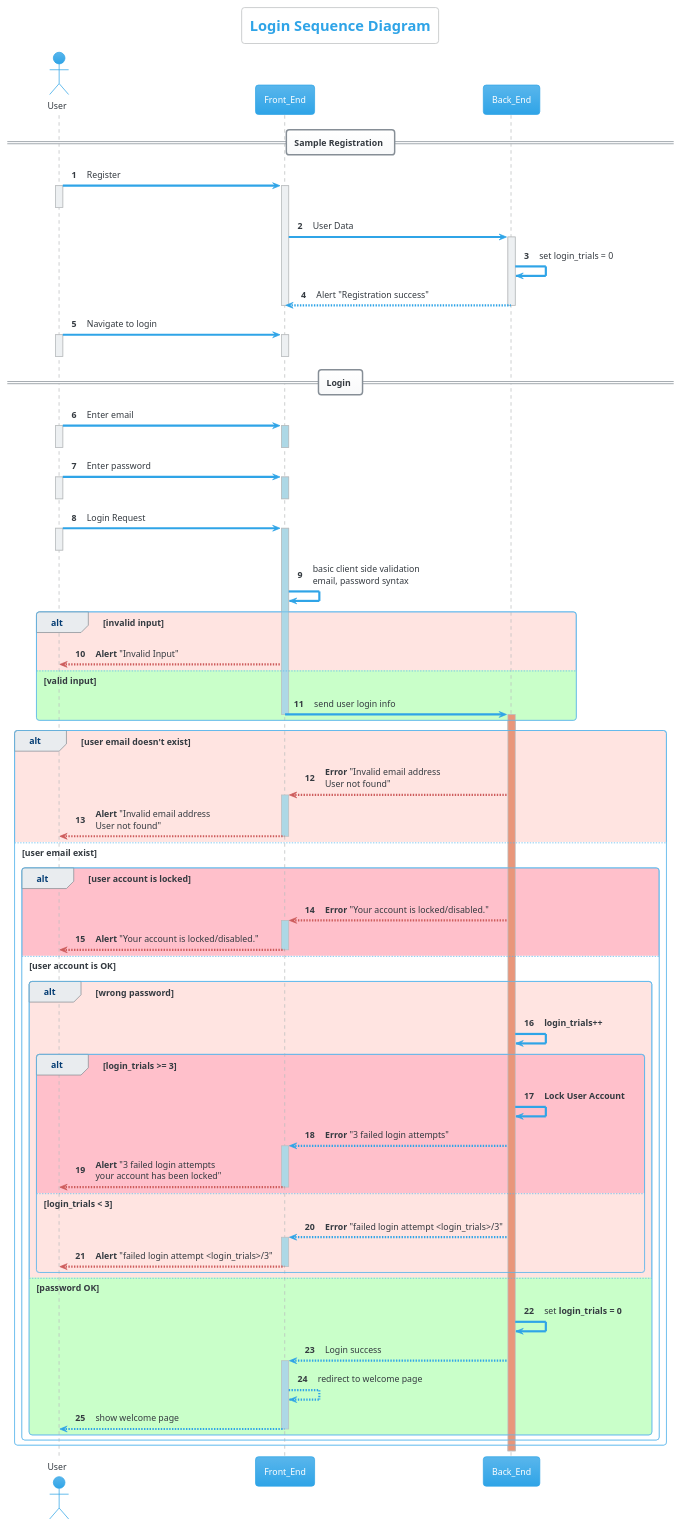
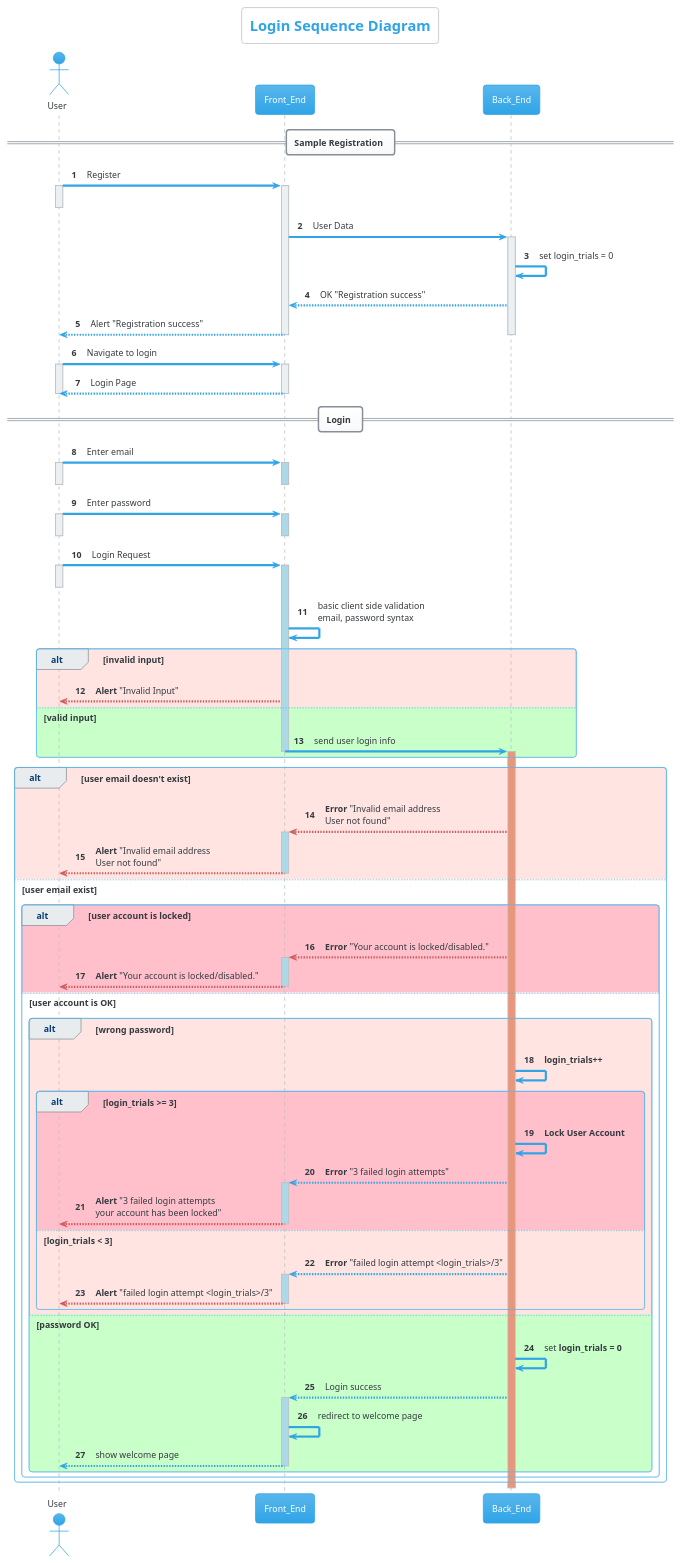
The diagram in SWE/SWE_02_DrawYourFirstSequenceDiagram/Login_Sequence.puml (HossamElwahsh/sprints-automotive), drawn with PlantUML before and after one commit. The commit also changed 2 other files, not shown here.

Commit message:
update <SWE>: add registration reply

```diff
--- a/SWE/SWE_02_DrawYourFirstSequenceDiagram/Login_Sequence.puml
+++ b/SWE/SWE_02_DrawYourFirstSequenceDiagram/Login_Sequence.puml
@@ -1,102 +1,104 @@
 @startuml
 'https://plantuml.com/sequence-diagram
 'Author: Hossam Elwahsh
 !theme cerulean
 title Login Sequence Diagram
 autonumber
 actor User
 
 skinparam backgroundColor #white
 
 == Sample Registration ==
 User -> Front_End: Register
 activate Front_End
 activate User
 deactivate User
 Front_End -> Back_End: User Data
 activate Back_End
 Back_End -> Back_End: set login_trials = 0
-Back_End --> Front_End: Alert "Registration success"
+Back_End --> Front_End: OK "Registration success"
+User <-- Front_End: Alert "Registration success"
 deactivate Back_End
 deactivate Front_End
 
 User -> Front_End: Navigate to login
 activate Front_End
 activate User
+User <-- Front_End: Login Page
 deactivate Front_End
 deactivate User
 
 == Login ==
 User -> Front_End: Enter email
 activate Front_End #lightblue
 activate User
 deactivate Front_End
 deactivate User
 User -> Front_End: Enter password
 activate Front_End #lightblue
 deactivate Front_End
 activate User
 deactivate User
 
 User -> Front_End: Login Request
 activate User
 deactivate User
 activate Front_End #lightblue
 Front_End -> Front_End: basic client side validation\nemail, password syntax
 
 alt #mistyrose invalid input
     Front_End -[#indianred]-> User: **Alert** "Invalid Input"
 
 else #technology valid input
     Front_End -> Back_End: send user login info
 
     deactivate Front_End #lightblue
     activate Back_End #darkSalmon
 end
 
 alt #mistyrose user email doesn't exist
 
 Back_End -[#indianred]-> Front_End: **Error** "Invalid email address\nUser not found"
 activate Front_End #lightblue
 User <-[#indianred]- Front_End: **Alert** "Invalid email address\nUser not found"
 deactivate Front_End
 
 else #white user email exist
     alt #pink user account is locked
     Back_End -[#indianred]-> Front_End: **Error** "Your account is locked/disabled."
     activate Front_End #lightblue
     User <-[#indianred]- Front_End: **Alert** "Your account is locked/disabled."
     deactivate Front_End
 
     else #white user account is OK
         alt #mistyrose wrong password
         Back_End -> Back_End: **login_trials++**
 
             alt #pink login_trials >= 3
                 Back_End -> Back_End: **Lock User Account**
                 Back_End --> Front_End: **Error** "3 failed login attempts"
                 activate Front_End #lightblue
                 User <-[#indianred]- Front_End: **Alert** "3 failed login attempts\nyour account has been locked"
                 deactivate Front_End
 
             else #mistyrose login_trials < 3
             Back_End --> Front_End: **Error** "failed login attempt <login_trials>/3"
             activate Front_End #lightblue
             User <-[#indianred]- Front_End: **Alert** "failed login attempt <login_trials>/3"
             deactivate Front_End
 
             end
 
         else #technology password OK
             Back_End -> Back_End: set **login_trials = 0**
             Back_End --> Front_End: Login success
             activate Front_End #lightblue
-            Front_End --> Front_End: redirect to welcome page
+            Front_End -> Front_End: redirect to welcome page
             Front_End --> User: show welcome page
             deactivate Front_End
         end
     end
 
 end
 
 @enduml
```
